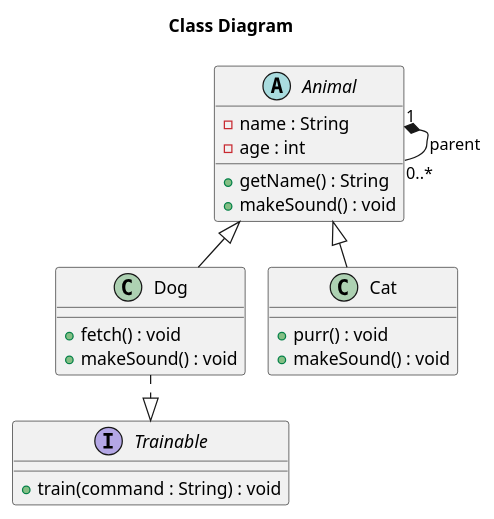
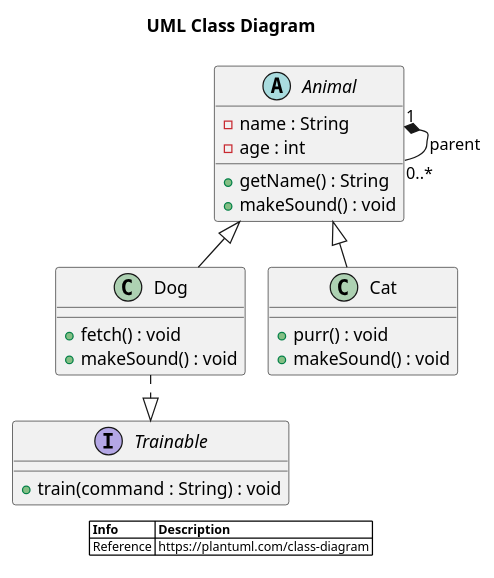
Before and after one commit to diosaraiva/plantuml-gui: the diagram in plantuml-gui-java/src/main/resources/plantuml/samples/uml_class.puml, drawn with PlantUML. The commit also changed 27 other files, not shown here.

```diff
--- a/plantuml-gui-java/src/main/resources/plantuml/samples/uml_class.puml
+++ b/plantuml-gui-java/src/main/resources/plantuml/samples/uml_class.puml
@@ -1,28 +1,42 @@
 @startuml
 !pragma layout smetana
-title Class Diagram
 
+title UML Class Diagram
+
+' ---- Customizations ----
+skinparam legendBackgroundColor #white
+skinparam legendBorderColor #white
+skinparam legendFontSize 10
+
+' ---- Elements ----
 abstract class Animal {
   - name : String
   - age : int
   + getName() : String
   + makeSound() : void
 }
 
 class Dog extends Animal {
   + fetch() : void
   + makeSound() : void
 }
 
 class Cat extends Animal {
   + purr() : void
   + makeSound() : void
 }
 
 interface Trainable {
   + train(command : String) : void
 }
 
+' ---- Relations ----
 Dog ..|> Trainable
 Animal "1" *-- "0..*" Animal : parent
+
+legend
+|= Info |= Description |
+| Reference | https://plantuml.com/class-diagram |
+endlegend
+
 @enduml
```
